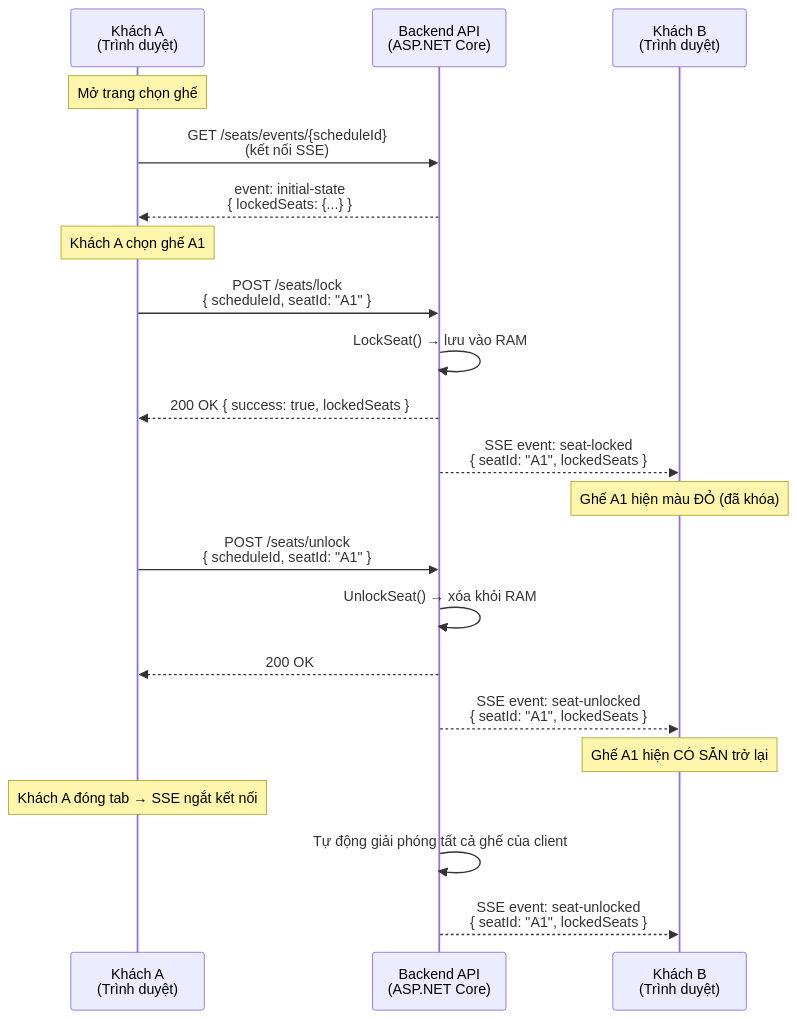
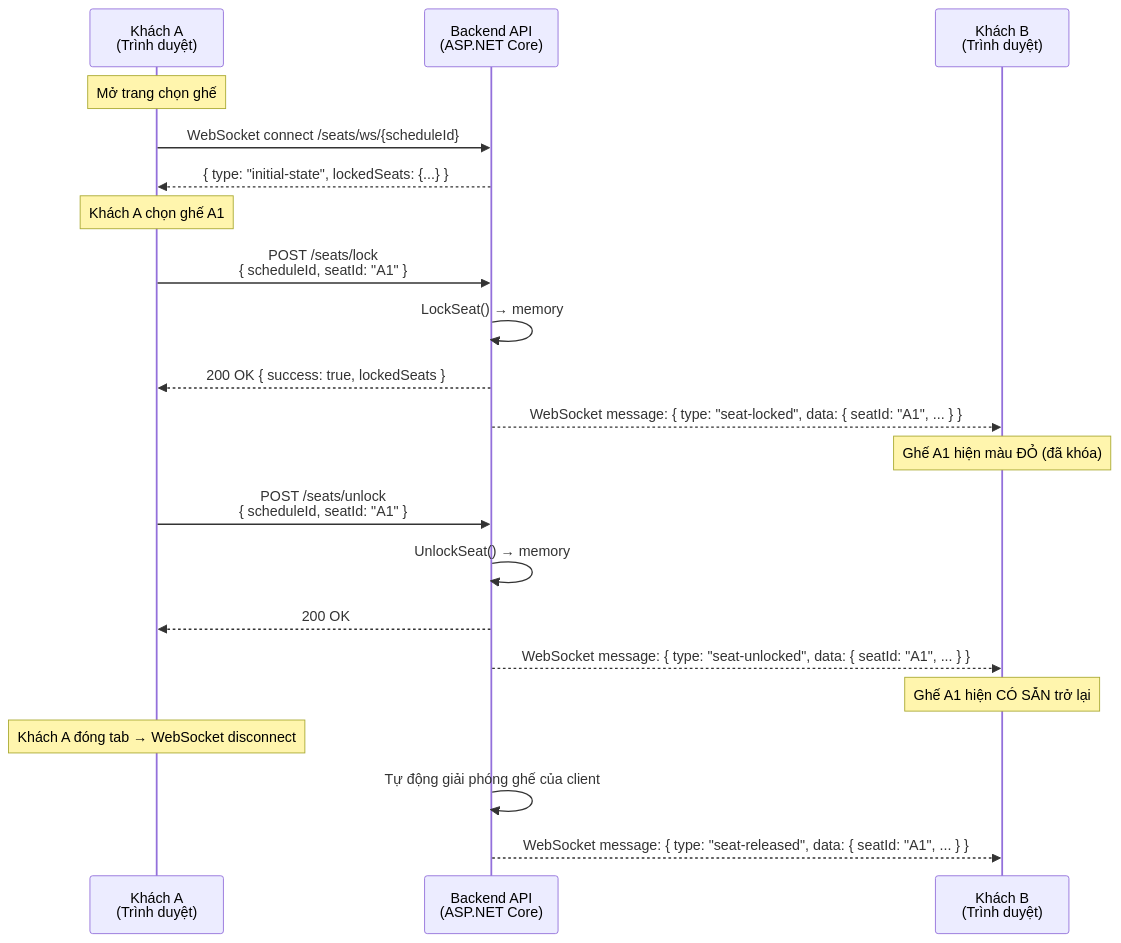
One commit to duc19092005/galaxiad-cinema-core changed the diagram in docs/algorithms/vi/seat-locking.md. Above: the diagram before and after it, drawn with Mermaid. The commit also changed other lines of this file and 3 other files, not shown here.

Commit message:
fix: correct SSE to WebSocket in docs + update outdated paths

````diff
--- a/docs/algorithms/vi/seat-locking.md
+++ b/docs/algorithms/vi/seat-locking.md
@@ -38,31 +37,31 @@
 ```mermaid
 sequenceDiagram
     participant A as Khách A<br/>(Trình duyệt)
     participant Server as Backend API<br/>(ASP.NET Core)
     participant B as Khách B<br/>(Trình duyệt)
 
     Note over A: Mở trang chọn ghế
 
-    A->>Server: GET /seats/events/{scheduleId}<br/>(kết nối SSE)
-    Server-->>A: event: initial-state<br/>{ lockedSeats: {...} }
+    A->>Server: WebSocket connect /seats/ws/{scheduleId}
+    Server-->>A: { type: "initial-state", lockedSeats: {...} }
     
     Note over A: Khách A chọn ghế A1
 
     A->>Server: POST /seats/lock<br/>{ scheduleId, seatId: "A1" }
-    Server->>Server: LockSeat() → lưu vào RAM
+    Server->>Server: LockSeat() → memory
     Server-->>A: 200 OK { success: true, lockedSeats }
-    Server-->>B: SSE event: seat-locked<br/>{ seatId: "A1", lockedSeats }
+    Server-->>B: WebSocket message: { type: "seat-locked", data: { seatId: "A1", ... } }
     
     Note over B: Ghế A1 hiện màu ĐỎ (đã khóa)
 
     A->>Server: POST /seats/unlock<br/>{ scheduleId, seatId: "A1" }
-    Server->>Server: UnlockSeat() → xóa khỏi RAM
+    Server->>Server: UnlockSeat() → memory
     Server-->>A: 200 OK
-    Server-->>B: SSE event: seat-unlocked<br/>{ seatId: "A1", lockedSeats }
+    Server-->>B: WebSocket message: { type: "seat-unlocked", data: { seatId: "A1", ... } }
     
     Note over B: Ghế A1 hiện CÓ SẴN trở lại
     
-    Note over A: Khách A đóng tab → SSE ngắt kết nối
-    Server->>Server: Tự động giải phóng tất cả ghế của client
-    Server-->>B: SSE event: seat-unlocked<br/>{ seatId: "A1", lockedSeats }
+    Note over A: Khách A đóng tab → WebSocket disconnect
+    Server->>Server: Tự động giải phóng ghế của client
+    Server-->>B: WebSocket message: { type: "seat-released", data: { seatId: "A1", ... } }
 ```
````
